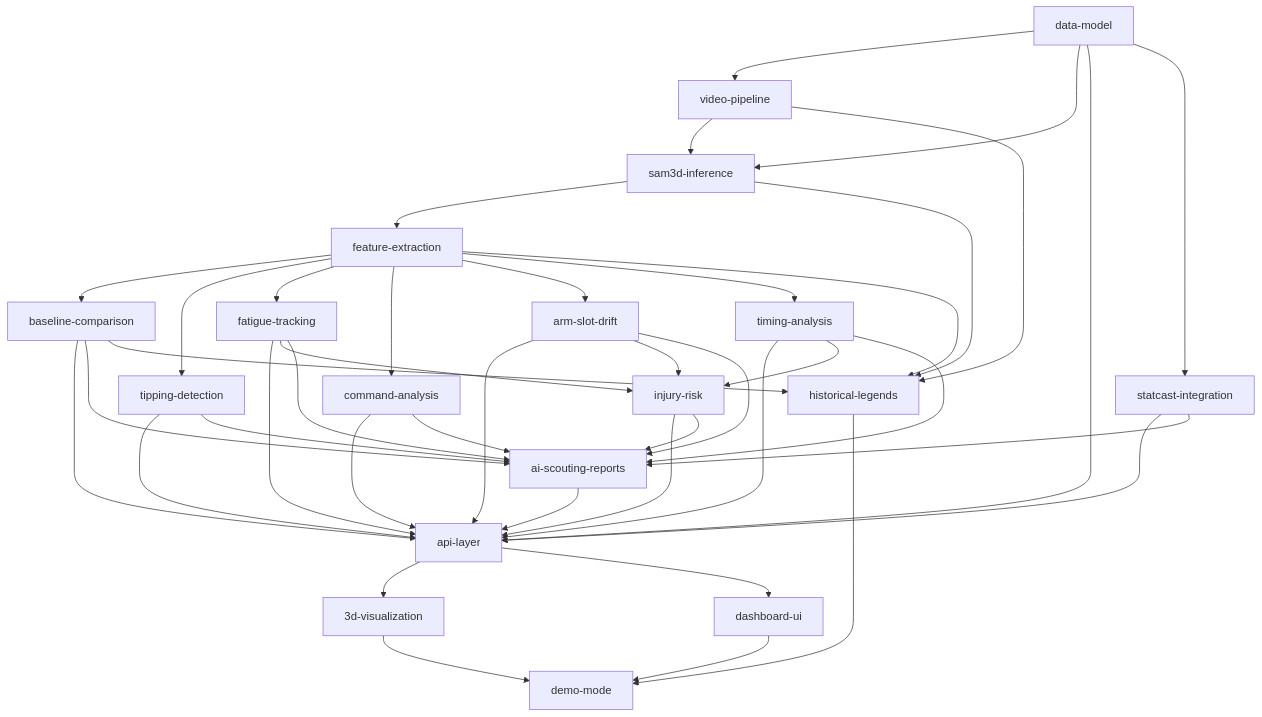
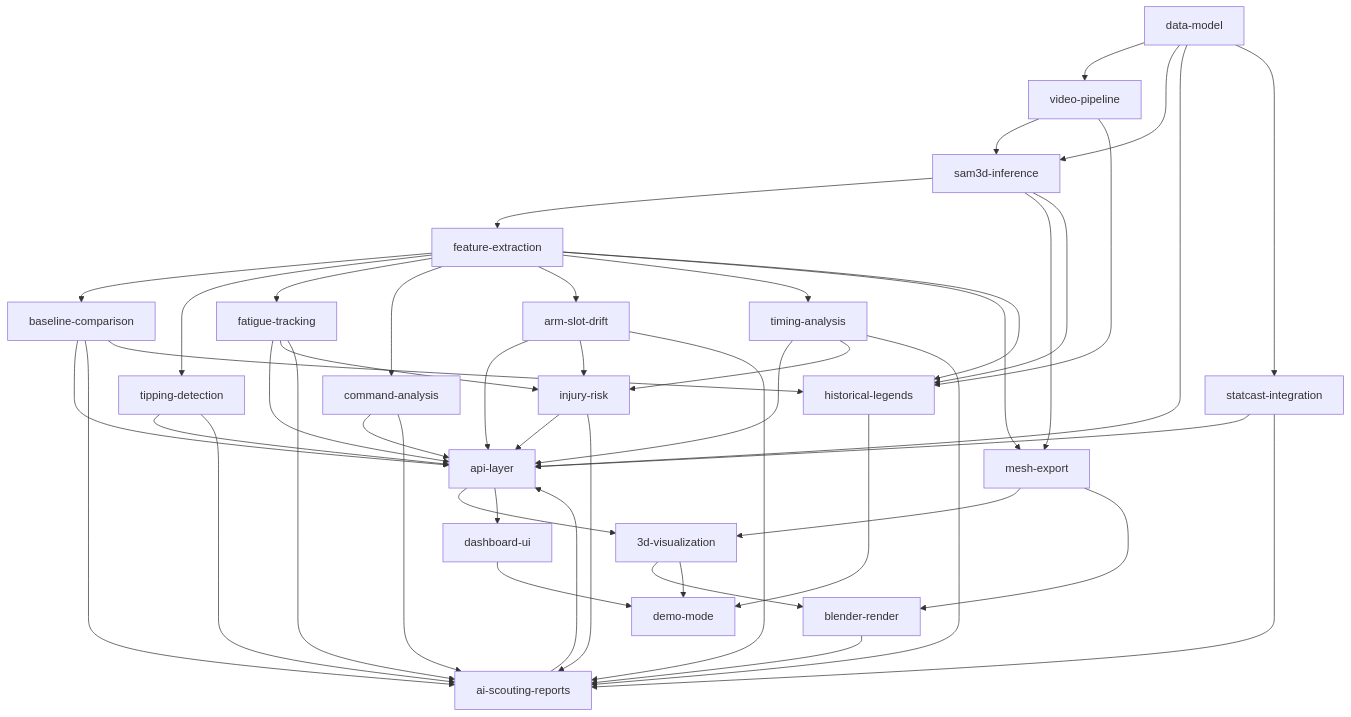
One commit to shihwesley/SamPlaysBaseball changed the diagram in docs/plans/manifest.md. Above: the diagram before and after it, drawn with Mermaid. The commit also changed other lines of this file and 63 other files, not shown here.

````diff
--- a/docs/plans/manifest.md
+++ b/docs/plans/manifest.md
@@ -17,44 +17,50 @@
 ```mermaid
 graph TD
     DM[data-model] --> VP[video-pipeline]
     DM --> SI[sam3d-inference]
     VP --> SI
     SI --> FE[feature-extraction]
     FE --> BC[baseline-comparison]
     FE --> TD[tipping-detection]
     FE --> FT[fatigue-tracking]
     FE --> CA[command-analysis]
     FE --> ASD[arm-slot-drift]
     FE --> TA[timing-analysis]
     DM --> API[api-layer]
     BC --> API
     TD --> API
     FT --> API
     CA --> API
     ASD --> API
     TA --> API
     FT --> IR[injury-risk]
     ASD --> IR
     TA --> IR
     IR --> API
     DM --> SC[statcast-integration]
     SC --> API
     BC --> ASR[ai-scouting-reports]
     TD --> ASR
     FT --> ASR
     CA --> ASR
     ASD --> ASR
     TA --> ASR
     IR --> ASR
     SC --> ASR
     ASR --> API
+    FE --> ME[mesh-export]
+    SI --> ME
     API --> VIZ[3d-visualization]
+    ME --> VIZ
     API --> DASH[dashboard-ui]
+    VIZ --> BR[blender-render]
+    ME --> BR
+    BR --> ASR
     VIZ --> DEMO[demo-mode]
     DASH --> DEMO
     VP --> HL[historical-legends]
     SI --> HL
     FE --> HL
     BC --> HL
     HL --> DEMO
 ```
````
